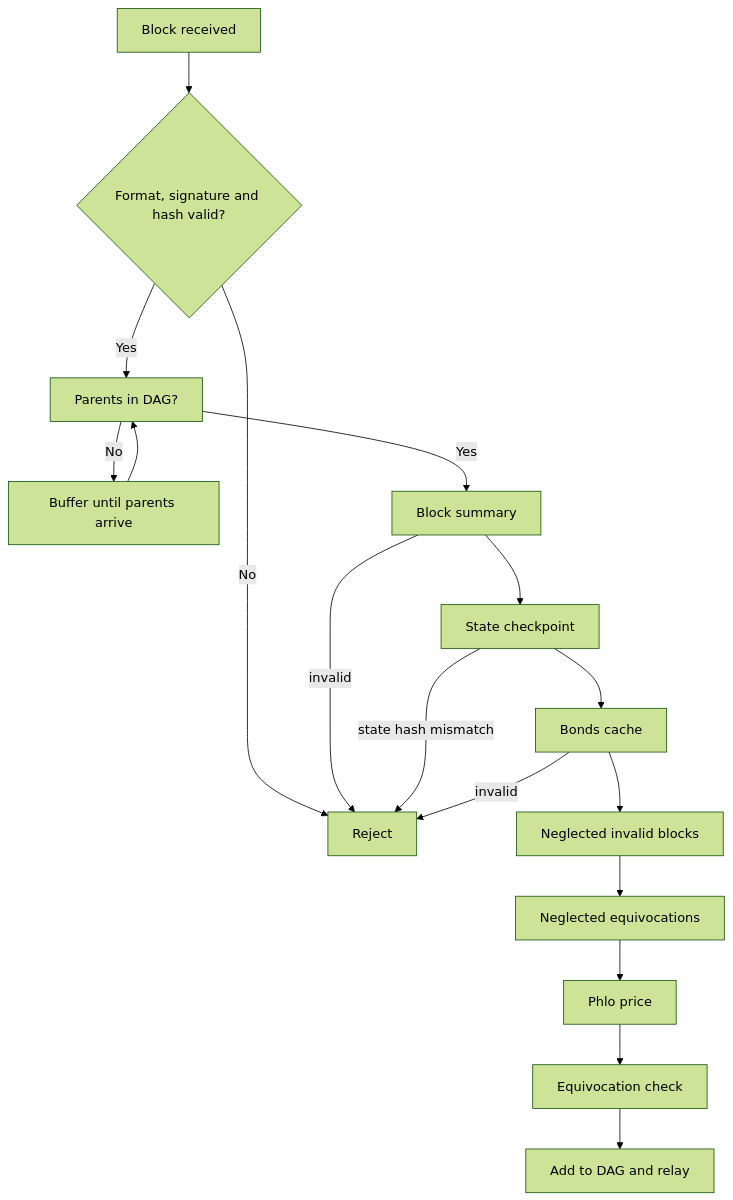
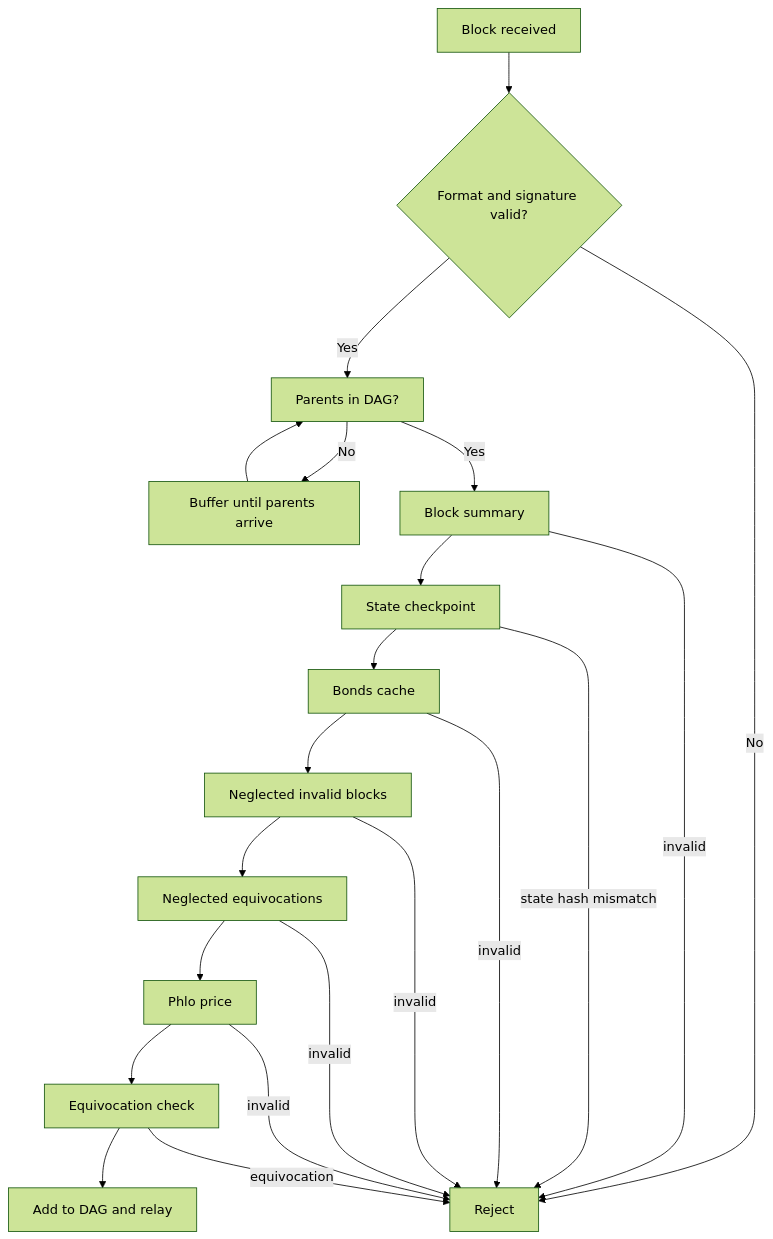
The second of 2 diagrams in architecture/state-diagrams/operations/index.md (asi-alliance/asi-chain-docs-portal), drawn with Mermaid (forest theme) before and after one commit. The commit also changed other lines of this file and 3 other files, not shown here.

Commit message:
[AS-913] Fix genesis transition, validation rejects and indexer schema notes

````diff
--- a/architecture/state-diagrams/operations/index.md
+++ b/architecture/state-diagrams/operations/index.md
@@ -41,19 +41,23 @@
 ```mermaid
 flowchart TD
-    RX[Block received] --> F{Format, signature and hash valid?}
+    RX[Block received] --> F{Format and signature valid?}
     F -->|No| REJ[Reject]
     F -->|Yes| P[Parents in DAG?]
     P -->|No| BUF[Buffer until parents arrive]
     BUF --> P
     P -->|Yes| V[Block summary]
     V --> CP[State checkpoint]
     CP --> BC[Bonds cache]
     BC --> NI[Neglected invalid blocks]
     NI --> NE[Neglected equivocations]
     NE --> PP[Phlo price]
     PP --> EQ[Equivocation check]
     EQ --> ADD[Add to DAG and relay]
     V -->|invalid| REJ
     CP -->|state hash mismatch| REJ
     BC -->|invalid| REJ
+    NI -->|invalid| REJ
+    NE -->|invalid| REJ
+    PP -->|invalid| REJ
+    EQ -->|equivocation| REJ
 ```
````
